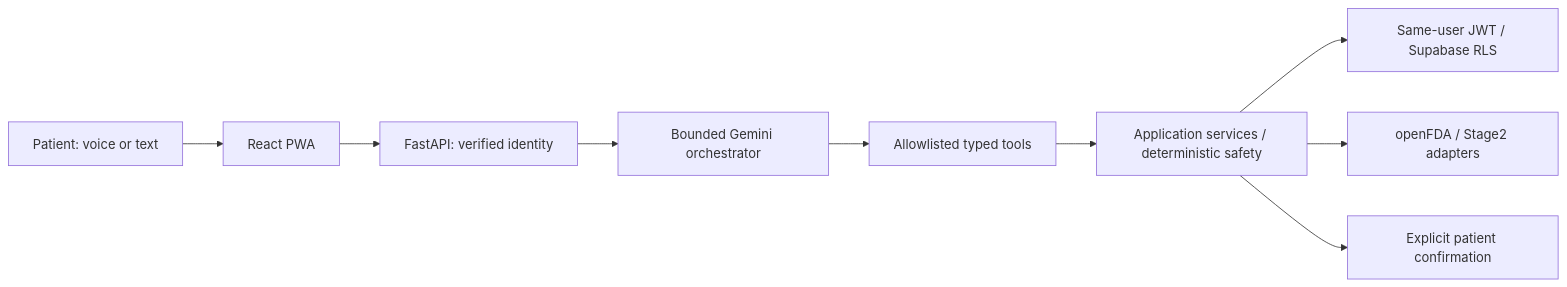
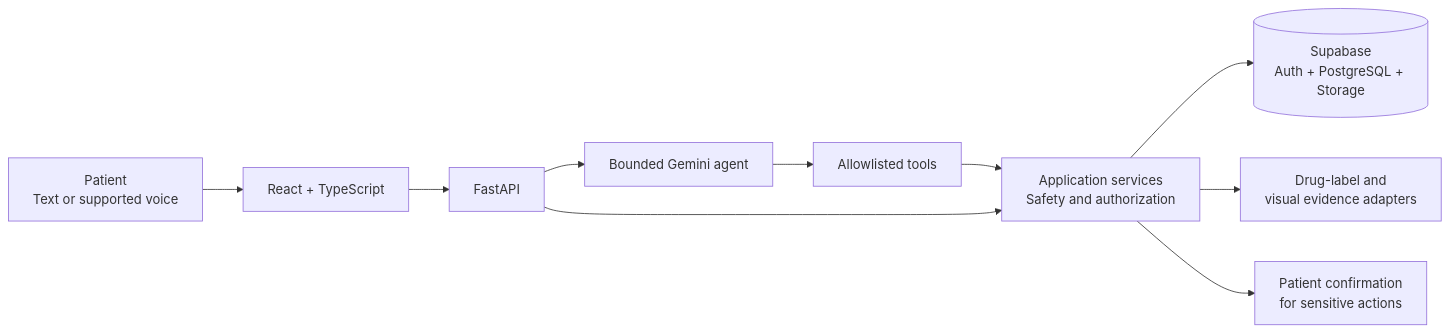
One commit to SpectateurLinlan/pharmascan-care-agent changed the diagram in README.md. Above: the diagram before and after it, drawn with Mermaid. The commit also changed other lines of this file and 13 other files, not shown here.

````diff
--- a/README.md
+++ b/README.md
@@ -62,11 +62,12 @@
 ```mermaid
 flowchart LR
-    Patient[Patient: voice or text] --> UI[React PWA]
-    UI --> API[FastAPI: verified identity]
-    API --> Agent[Bounded Gemini orchestrator]
-    Agent --> Tools[Allowlisted typed tools]
-    Tools --> Services[Application services / deterministic safety]
-    Services --> Records[Same-user JWT / Supabase RLS]
-    Services --> Sources[openFDA / Stage2 adapters]
-    Services --> Confirmation[Explicit patient confirmation]
+    A[Patient<br/>Text or supported voice] --> B[React + TypeScript]
+    B --> C[FastAPI]
+    C --> D[Bounded Gemini agent]
+    D --> E[Allowlisted tools]
+    E --> F[Application services<br/>Safety and authorization]
+    C --> F
+    F --> G[(Supabase<br/>Auth + PostgreSQL + Storage)]
+    F --> H[Drug-label and<br/>visual evidence adapters]
+    F --> I[Patient confirmation<br/>for sensitive actions]
 ```
````
